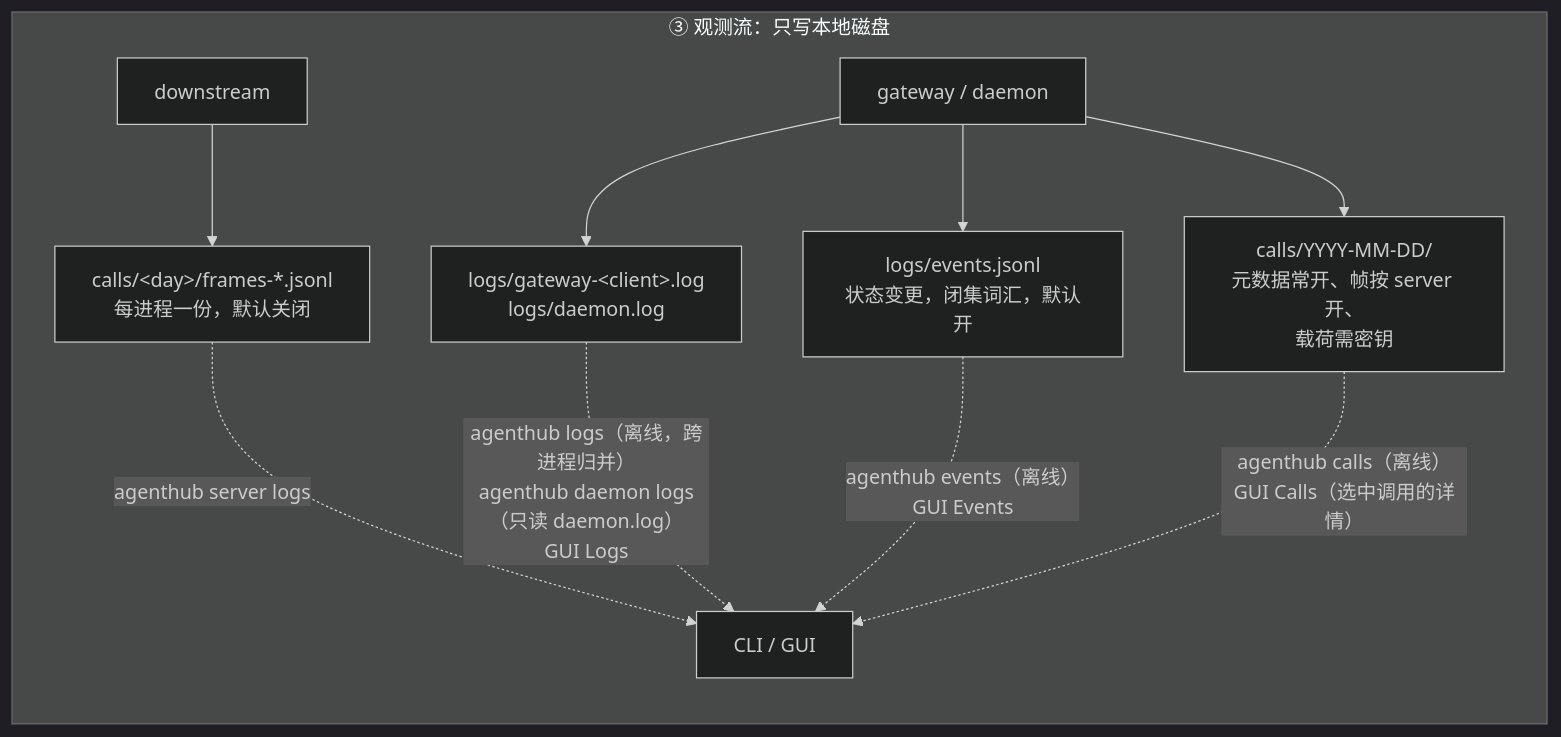
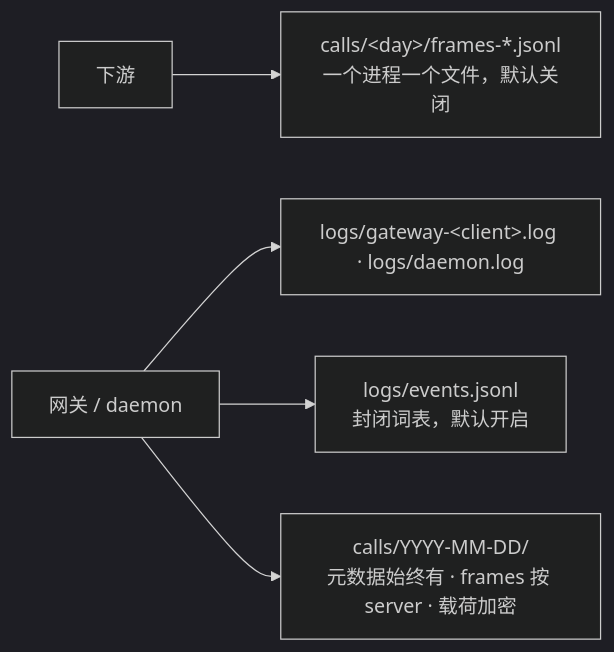
The sixth of 6 diagrams in docs/zh-CN/architecture.md (dinstein/agent-hub), drawn with Mermaid (dark theme) before and after one commit. The commit also changed other lines of this file and 90 other files, not shown here.

First line of the commit message:
docs: rewrite architecture, and cite sections by name

````diff
--- a/docs/zh-CN/architecture.md
+++ b/docs/zh-CN/architecture.md
@@ -261,13 +221,7 @@
 ```mermaid
 flowchart LR
-    subgraph obs["③ 观测流：只写本地磁盘"]
-        DSX["downstream"] --> A4["calls/&lt;day&gt;/frames-*.jsonl<br/>每进程一份，默认关闭"]
-        GW["gateway / daemon"] --> A5["logs/gateway-&lt;client&gt;.log<br/>logs/daemon.log"]
-        GW --> A7["logs/events.jsonl<br/>状态变更，闭集词汇，默认开"]
-        GW --> A6["calls/YYYY-MM-DD/<br/>元数据常开、帧按 server 开、<br/>载荷需密钥"]
-        A4 -.->|"agenthub server logs"| F["CLI / GUI"]
-        A5 -.->|"agenthub logs（离线，跨进程归并）<br/>agenthub daemon logs（只读 daemon.log）<br/>GUI Logs"| F
-        A7 -.->|"agenthub events（离线）<br/>GUI Events"| F
-        A6 -.->|"agenthub calls（离线）<br/>GUI Calls（选中调用的详情）"| F
-    end
+    DSX["下游"] --> A4["calls/&lt;day&gt;/frames-*.jsonl<br/>一个进程一个文件，默认关闭"]
+    GW["网关 / daemon"] --> A5["logs/gateway-&lt;client&gt;.log · logs/daemon.log"]
+    GW --> A7["logs/events.jsonl<br/>封闭词表，默认开启"]
+    GW --> A6["calls/YYYY-MM-DD/<br/>元数据始终有 · frames 按 server · 载荷加密"]
 ```
````
